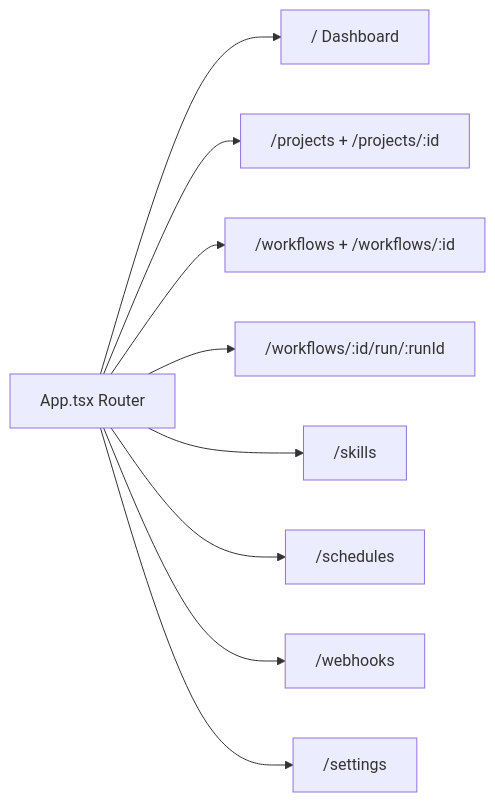
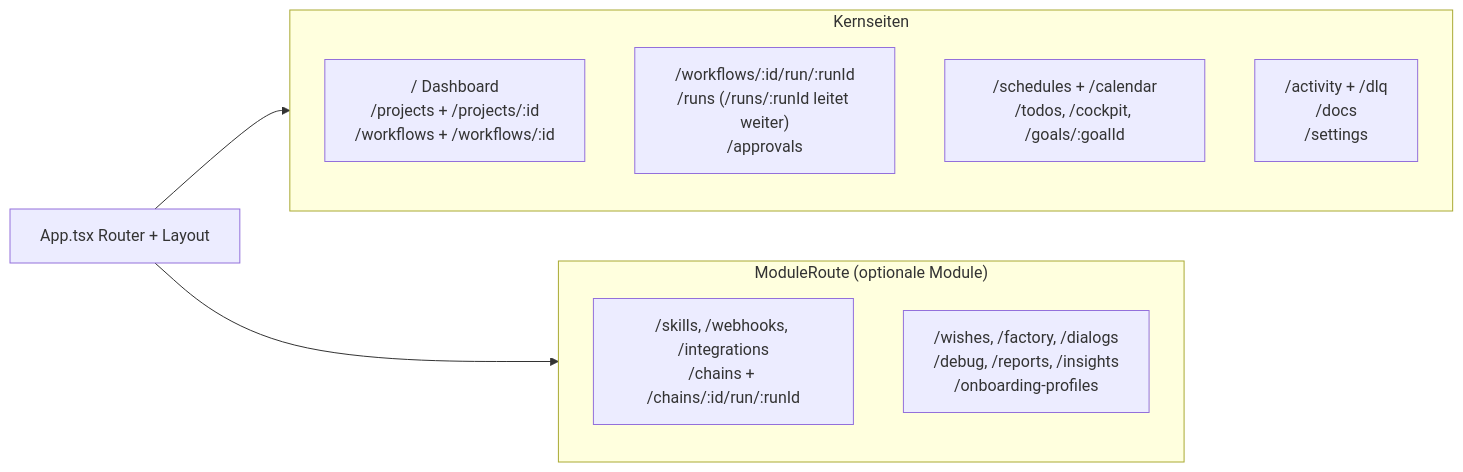
The first of 3 diagrams in docs/frontend-flow-diagrams.md (FLSEST/MySuricates), drawn with Mermaid before and after one commit. The commit also changed other lines of this file and 4 other files, not shown here.

First line of the commit message:
docs(diagramme): Frontend page shows all routes, stores, invalidation and WebSocket ticket

````diff
--- a/docs/frontend-flow-diagrams.md
+++ b/docs/frontend-flow-diagrams.md
@@ -9,11 +9,15 @@
 ```mermaid
 flowchart LR
-    APP["App.tsx Router"] --> DASH["/ Dashboard"]
-    APP --> PROJ["/projects + /projects/:id"]
-    APP --> WF["/workflows + /workflows/:id"]
-    APP --> RUN["/workflows/:id/run/:runId"]
-    APP --> SK["/skills"]
-    APP --> SCH["/schedules"]
-    APP --> WH["/webhooks"]
-    APP --> ST["/settings"]
+    APP["App.tsx Router + Layout"] --> CORE
+    APP --> MOD
+    subgraph CORE["Kernseiten"]
+        DASH["/ Dashboard<br/>/projects + /projects/:id<br/>/workflows + /workflows/:id"]
+        RUN["/workflows/:id/run/:runId<br/>/runs (/runs/:runId leitet weiter)<br/>/approvals"]
+        SCH["/schedules + /calendar<br/>/todos, /cockpit, /goals/:goalId"]
+        ACT["/activity + /dlq<br/>/docs<br/>/settings"]
+    end
+    subgraph MOD["ModuleRoute (optionale Module)"]
+        SK["/skills, /webhooks, /integrations<br/>/chains + /chains/:id/run/:runId"]
+        MORE["/wishes, /factory, /dialogs<br/>/debug, /reports, /insights<br/>/onboarding-profiles"]
+    end
 ```
````
